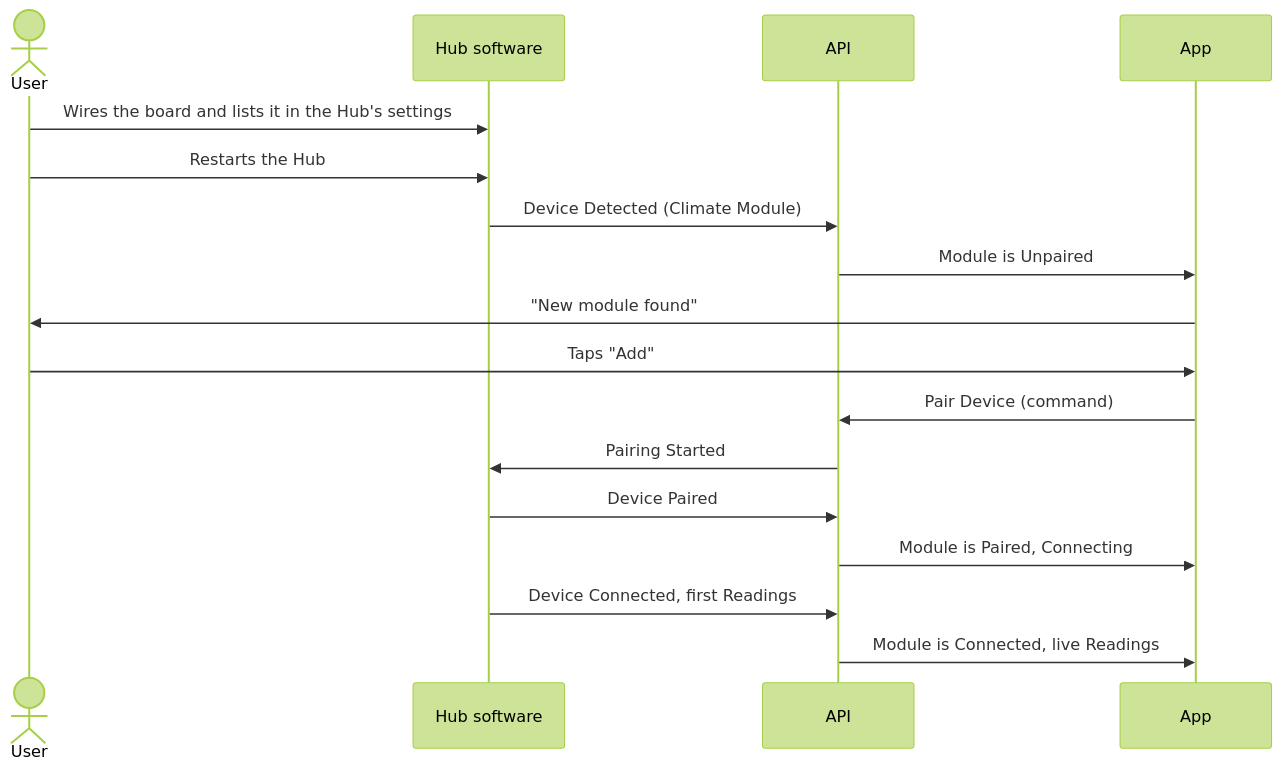
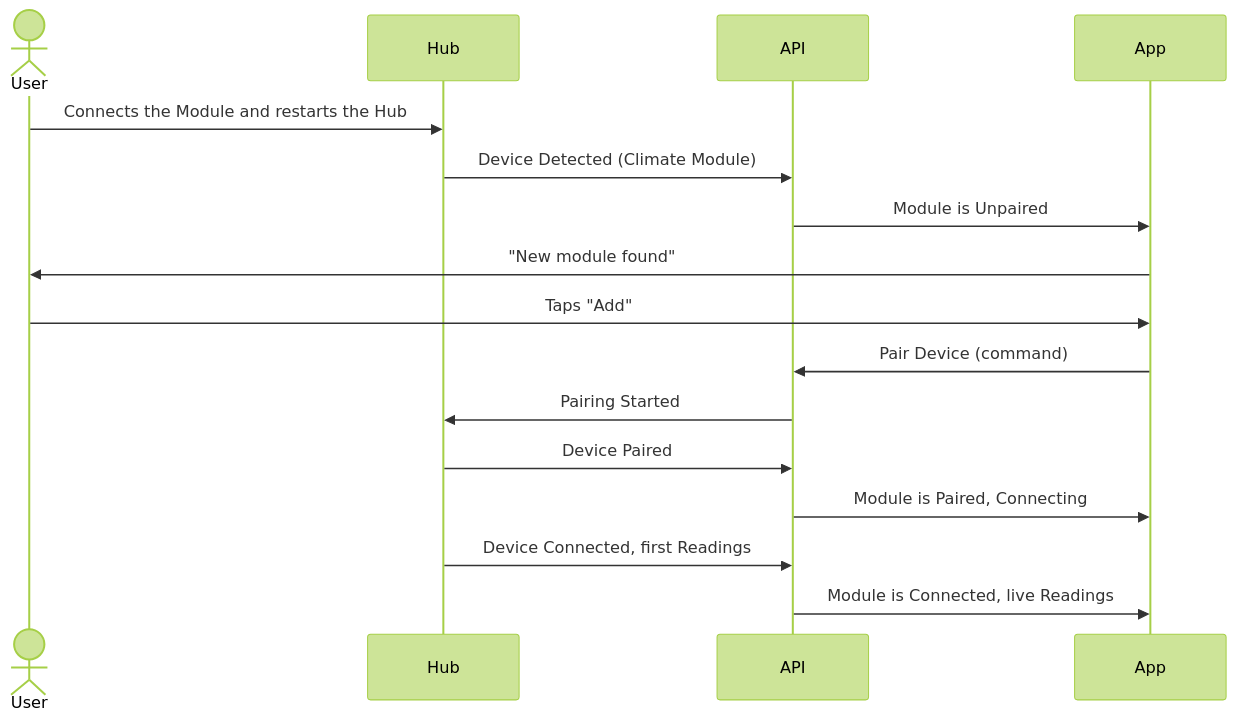
One commit to Detriz-dev/smart-home-kit changed the sixth of 7 diagrams in kit/apps/docs-site/docs/domain-model/device-lifecycle.mdx. Above: the diagram before and after it, drawn with Mermaid (forest theme). The commit also changed other lines of this file and 37 other files, not shown here.

````diff
--- a/kit/apps/docs-site/docs/domain-model/device-lifecycle.mdx
+++ b/kit/apps/docs-site/docs/domain-model/device-lifecycle.mdx
@@ -197,20 +172,19 @@
 ```mermaid
 sequenceDiagram
     actor User
-    participant Hub as Hub software
+    participant Hub
     participant API
     participant App
 
-    User->>Hub: Wires the board and lists it in the Hub's settings
-    User->>Hub: Restarts the Hub
+    User->>Hub: Connects the Module and restarts the Hub
     Hub->>API: Device Detected (Climate Module)
     API->>App: Module is Unpaired
     App->>User: "New module found"
     User->>App: Taps "Add"
     App->>API: Pair Device (command)
     API->>Hub: Pairing Started
     Hub->>API: Device Paired
     API->>App: Module is Paired, Connecting
     Hub->>API: Device Connected, first Readings
     API->>App: Module is Connected, live Readings
 ```
````
